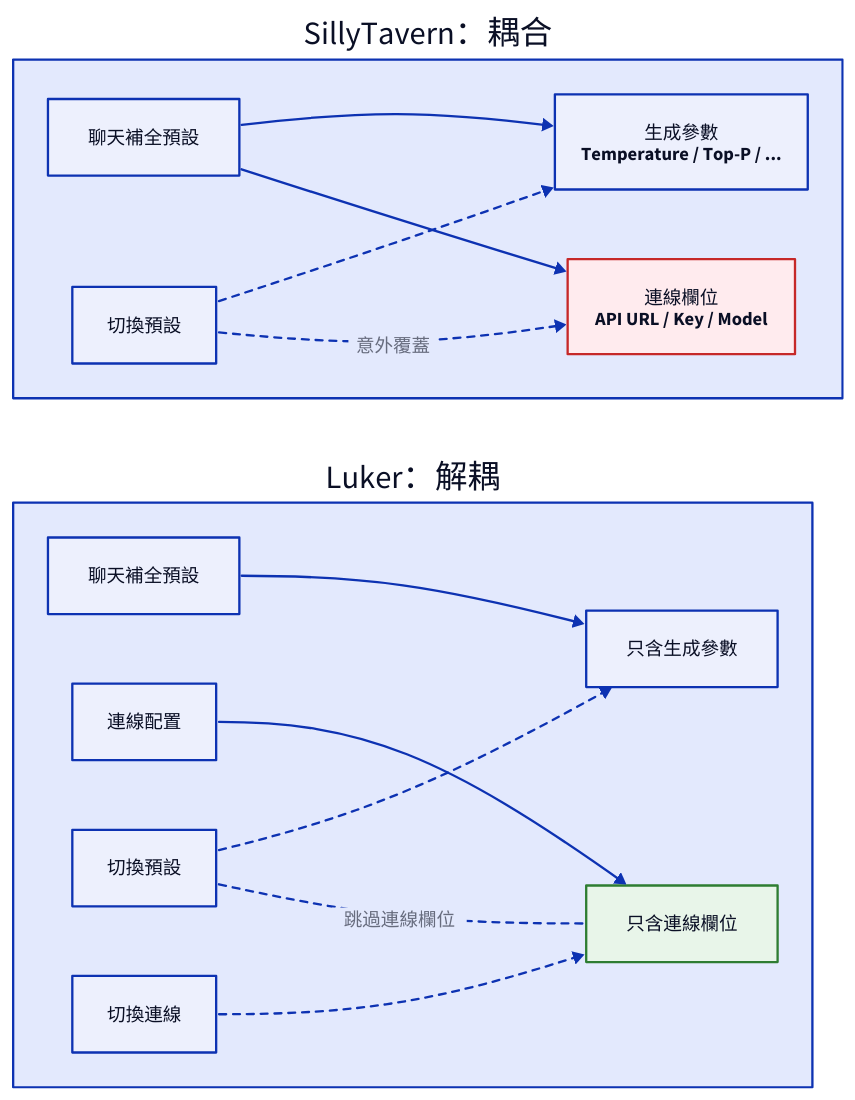
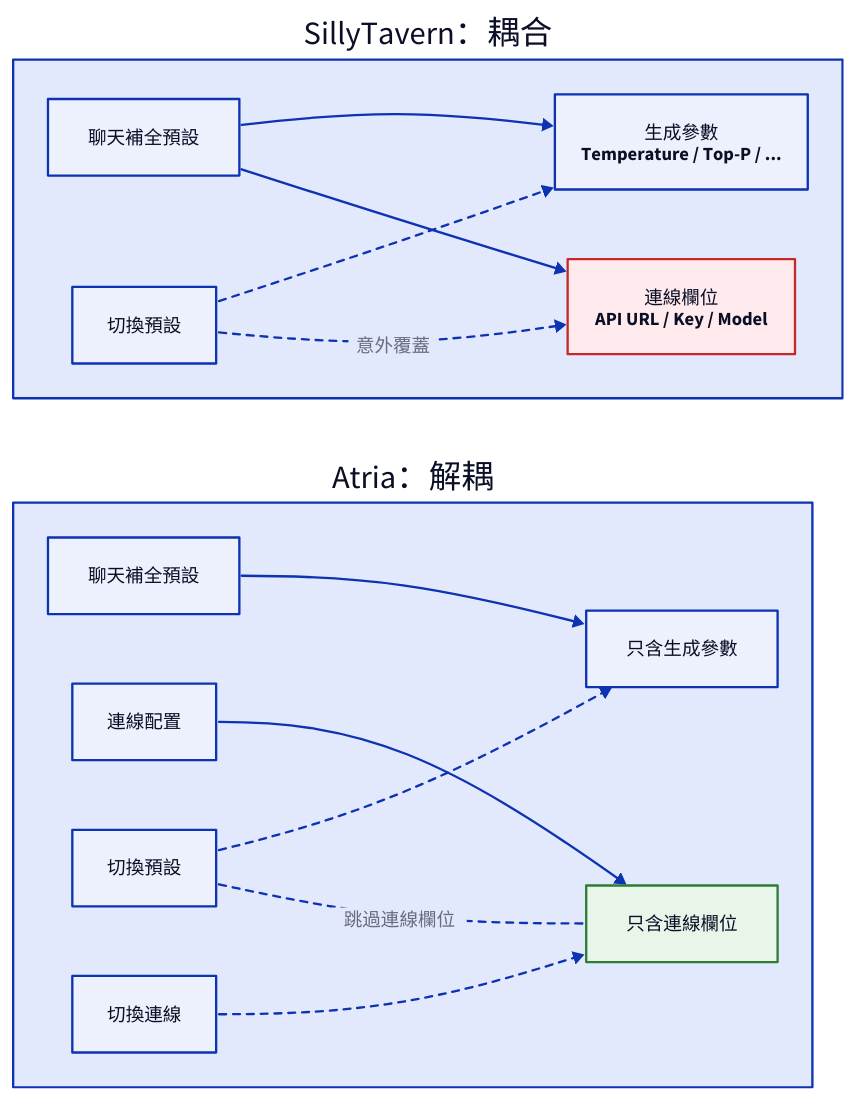
One commit to ZZZdragondYNGPHX/Atria changed the diagram in docs/zh-TW/improvements/preset-decoupling.md. Above: the diagram before and after it, drawn with D2. The commit also changed other lines of this file and 1235 other files, not shown here.

````diff
--- a/docs/zh-TW/improvements/preset-decoupling.md
+++ b/docs/zh-TW/improvements/preset-decoupling.md
@@ -27,36 +27,36 @@
 ```d2
 direction: right
 
 ST: "SillyTavern：耦合" {
   ST_PRESET: "聊天補全預設"
   ST_GEN: "生成參數\nTemperature / Top-P / ..."
   ST_CONN: "連線欄位\nAPI URL / Key / Model" {
     style.fill: "#ffebee"
     style.stroke: "#c62828"
   }
   SWITCH1: "切換預設"
 
   ST_PRESET -> ST_GEN
   ST_PRESET -> ST_CONN
   SWITCH1 -> ST_GEN: {style.stroke-dash: 3}
   SWITCH1 -> ST_CONN: "意外覆蓋" {style.stroke-dash: 3}
 }
 
-LK: "Luker：解耦" {
+LK: "Atria：解耦" {
   LK_PRESET: "聊天補全預設"
   LK_CONN: "連線配置"
   LK_GEN: "只含生成參數"
   LK_CONN_F: "只含連線欄位" {
     style.fill: "#e8f5e9"
     style.stroke: "#2e7d32"
   }
   SWITCH2: "切換預設"
   SWITCH3: "切換連線"
 
   LK_PRESET -> LK_GEN
   LK_CONN -> LK_CONN_F
   SWITCH2 -> LK_GEN: {style.stroke-dash: 3}
   SWITCH3 -> LK_CONN_F: {style.stroke-dash: 3}
   SWITCH2 -- LK_CONN_F: "跳過連線欄位" {style.stroke-dash: 3}
 }
 ```
````
